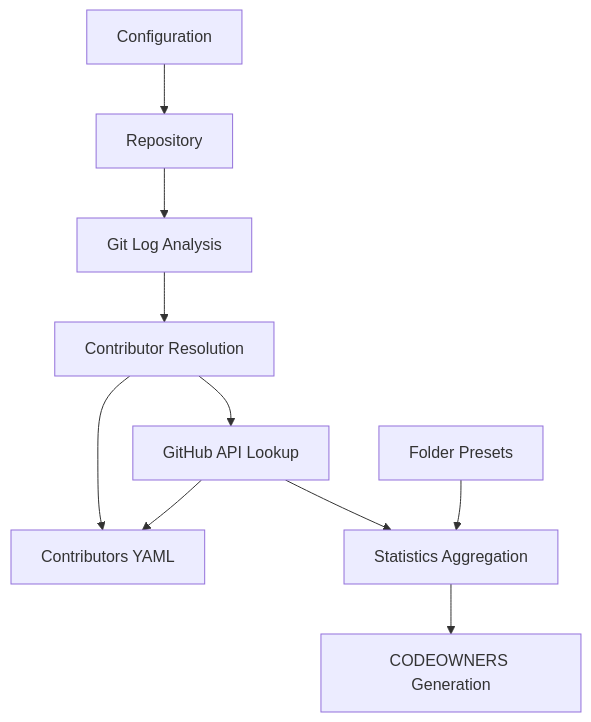
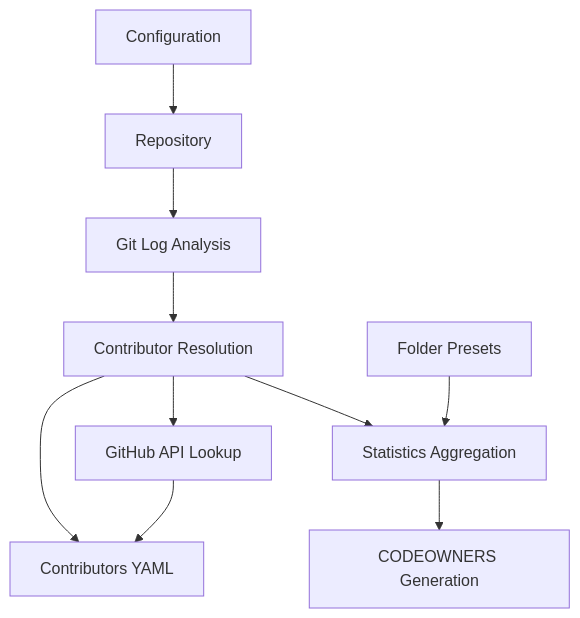
Before and after one commit to sonic-net/sonic-pipelines: the diagram in scripts/code-owners/doc/index.md, drawn with Mermaid.

````diff
--- a/scripts/code-owners/doc/index.md
+++ b/scripts/code-owners/doc/index.md
@@ -32,13 +32,13 @@
 ```mermaid
 graph TD
     A[Repository] --> B[Git Log Analysis]
     B --> C[Contributor Resolution]
     C --> D[GitHub API Lookup]
     C --> H[Contributors YAML]
-    D --> E[Statistics Aggregation]
+    C --> E[Statistics Aggregation]
     E --> F[CODEOWNERS Generation]
     
     G[Folder Presets] --> E
     I[Configuration] --> A
     D[GitHub API Lookup] --> H
 ```
````
